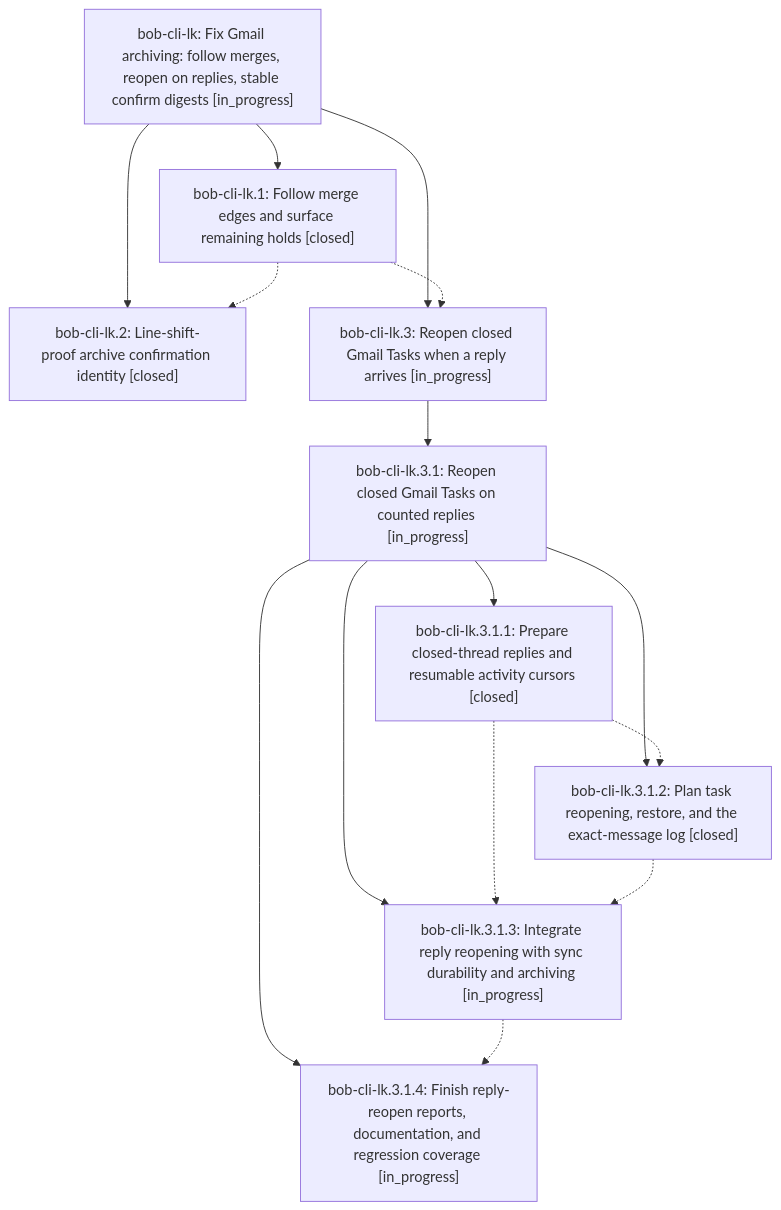
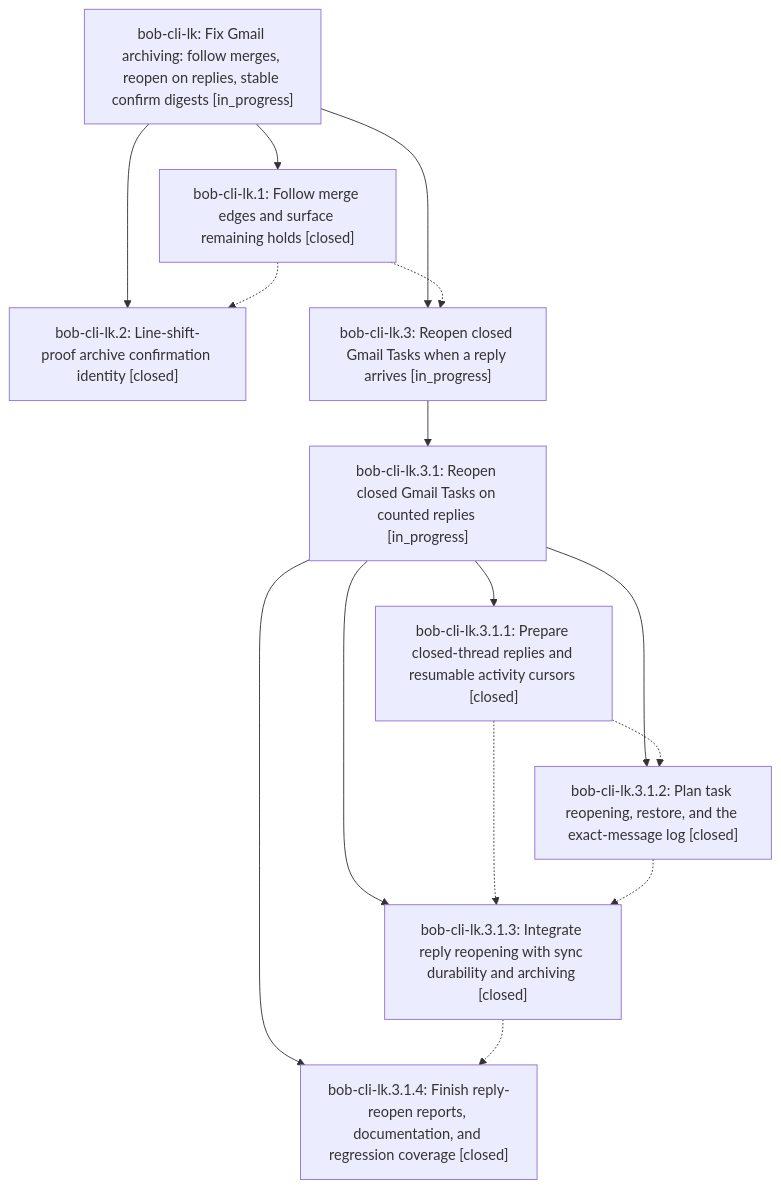
One commit to bobs-org/bob-cli--beads changed the diagram in pages/bob-cli-lk/README.md. Above: the diagram before and after it, drawn with Mermaid. The commit also changed other lines of this file and 4 other files, not shown here.

First line of the commit message:
chore(beads): sync bead state and pages for bob-cli-lk

````diff
--- a/pages/bob-cli-lk/README.md
+++ b/pages/bob-cli-lk/README.md
@@ -36,26 +36,26 @@
 ```mermaid
 flowchart TD
     n0["bob-cli-lk: Fix Gmail archiving: follow merges, reopen on replies, stable confirm digests [in_progress]"]
     n1["bob-cli-lk.1: Follow merge edges and surface remaining holds [closed]"]
     n2["bob-cli-lk.2: Line-shift-proof archive confirmation identity [closed]"]
     n3["bob-cli-lk.3: Reopen closed Gmail Tasks when a reply arrives [in_progress]"]
     n4["bob-cli-lk.3.1: Reopen closed Gmail Tasks on counted replies [in_progress]"]
     n5["bob-cli-lk.3.1.1: Prepare closed-thread replies and resumable activity cursors [closed]"]
     n6["bob-cli-lk.3.1.2: Plan task reopening, restore, and the exact-message log [closed]"]
-    n7["bob-cli-lk.3.1.3: Integrate reply reopening with sync durability and archiving [in_progress]"]
-    n8["bob-cli-lk.3.1.4: Finish reply-reopen reports, documentation, and regression coverage [in_progress]"]
+    n7["bob-cli-lk.3.1.3: Integrate reply reopening with sync durability and archiving [closed]"]
+    n8["bob-cli-lk.3.1.4: Finish reply-reopen reports, documentation, and regression coverage [closed]"]
     n0 --> n1
     n0 --> n2
     n0 --> n3
     n3 --> n4
     n4 --> n5
     n4 --> n6
     n4 --> n7
     n4 --> n8
     n1 -.-> n2
     n1 -.-> n3
     n5 -.-> n6
     n5 -.-> n7
     n6 -.-> n7
     n7 -.-> n8
 ```
````
